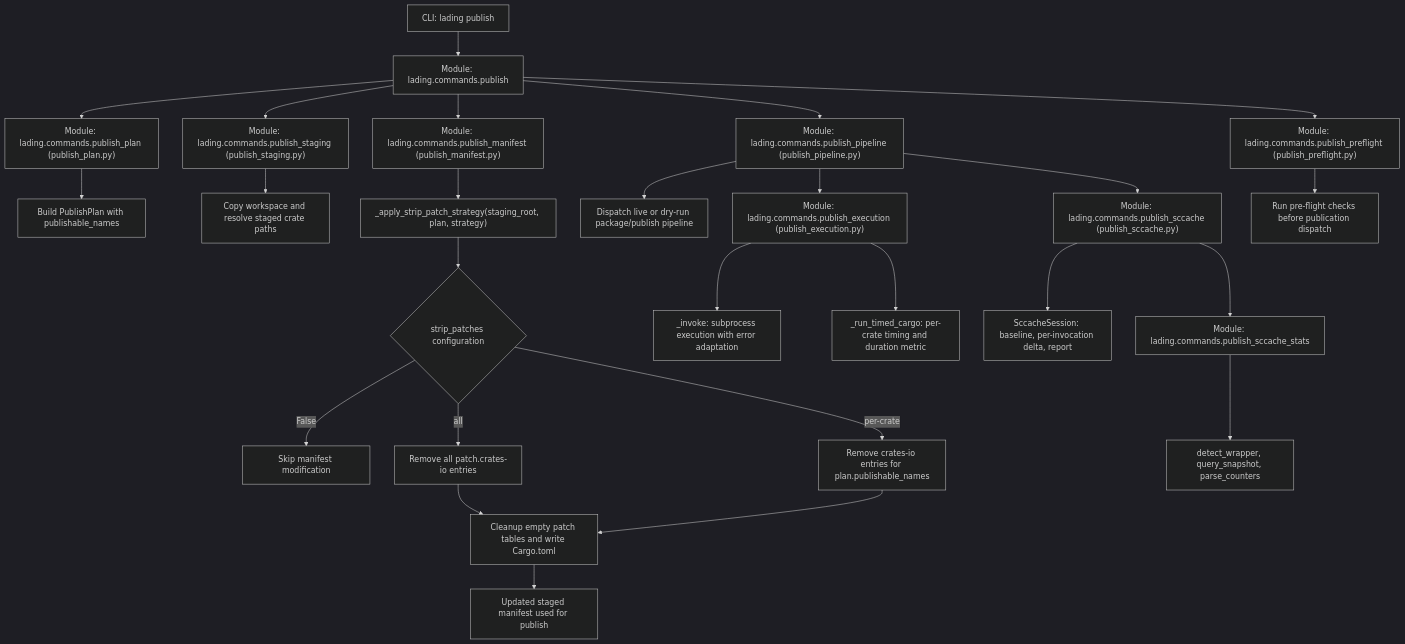
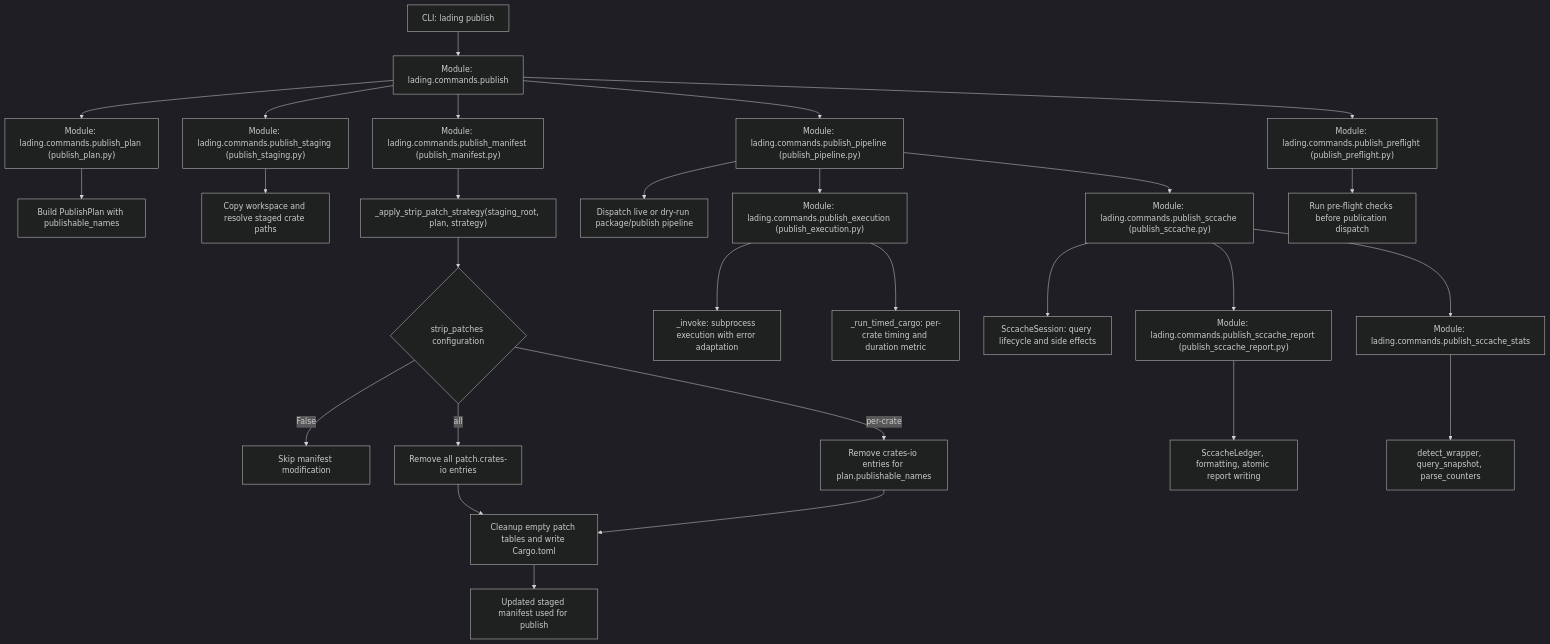
One commit to leynos/lading changed the first of 2 diagrams in docs/lading-design.md. Above: the diagram before and after it, drawn with Mermaid (dark theme). The commit also changed 4 other files, not shown here.

First line of the commit message:
Harden sccache report cleanup (#170)

````diff
--- a/docs/lading-design.md
+++ b/docs/lading-design.md
@@ -194,29 +194,31 @@
 ```mermaid
 graph TD
     A["CLI: lading publish"] --> B["Module: lading.commands.publish"]
     B --> C["Module: lading.commands.publish_plan (publish_plan.py)"]
     C --> C1["Build PublishPlan with publishable_names"]
     B --> S["Module: lading.commands.publish_staging (publish_staging.py)"]
     S --> S1["Copy workspace and resolve staged crate paths"]
     B --> D["Module: lading.commands.publish_manifest (publish_manifest.py)"]
     D --> D1["_apply_strip_patch_strategy(staging_root, plan, strategy)"]
     D1 --> D2{"strip_patches configuration"}
     D2 -->|"False"| E["Skip manifest modification"]
     D2 -->|"all"| F["Remove all patch.crates-io entries"]
     D2 -->|"per-crate"| G["Remove crates-io entries for plan.publishable_names"]
     F --> H["Cleanup empty patch tables and write Cargo.toml"]
     G --> H
     H --> I["Updated staged manifest used for publish"]
 
     B --> P["Module: lading.commands.publish_pipeline (publish_pipeline.py)"]
     P --> P1["Dispatch live or dry-run package/publish pipeline"]
     P --> J["Module: lading.commands.publish_execution (publish_execution.py)"]
     J --> K["_invoke: subprocess execution with error adaptation"]
     J --> K2["_run_timed_cargo: per-crate timing and duration metric"]
     P --> L["Module: lading.commands.publish_sccache (publish_sccache.py)"]
-    L --> L1["SccacheSession: baseline, per-invocation delta, report"]
+    L --> L1["SccacheSession: query lifecycle and side effects"]
+    L --> R["Module: lading.commands.publish_sccache_report (publish_sccache_report.py)"]
+    R --> R1["SccacheLedger, formatting, atomic report writing"]
     L --> M["Module: lading.commands.publish_sccache_stats"]
     M --> M1["detect_wrapper, query_snapshot, parse_counters"]
     B --> N["Module: lading.commands.publish_preflight (publish_preflight.py)"]
     N --> O["Run pre-flight checks before publication dispatch"]
 ```
````
